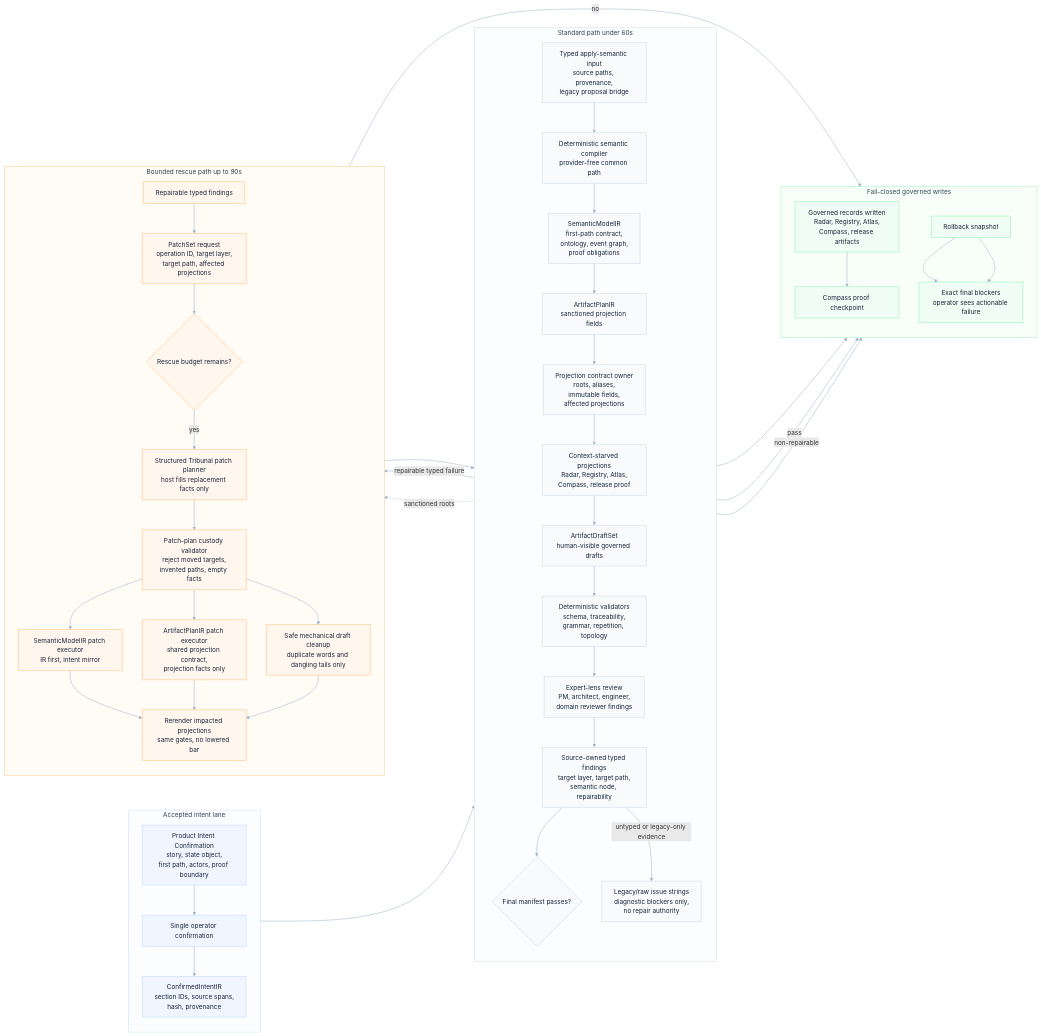
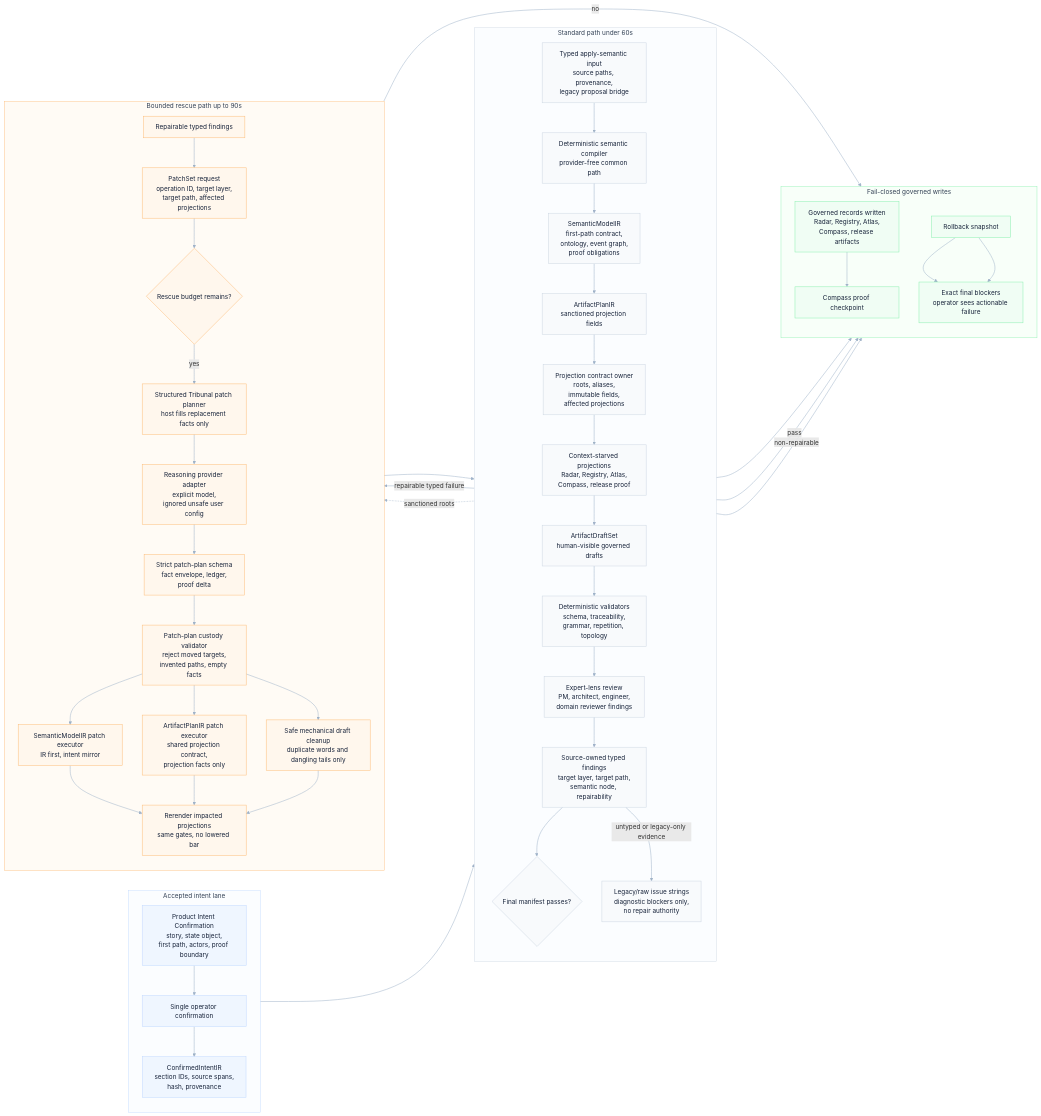
The diagram in odylith/atlas/source/domain-intelligence-greenfield-governance.mmd (odylith/odylith), drawn with Mermaid before and after one commit. The commit also changed 26 other files, not shown here.

Commit message:
Harden structured rescue provider planning

```diff
--- a/odylith/atlas/source/domain-intelligence-greenfield-governance.mmd
+++ b/odylith/atlas/source/domain-intelligence-greenfield-governance.mmd
@@ -1,78 +1,80 @@
 flowchart LR
     subgraph accepted_lane["Accepted intent lane"]
       direction TB
       visible_intent["Product Intent Confirmation<br/>story, state object,<br/>first path, actors, proof boundary"]
       confirm["Single operator confirmation"]
       confirmed_ir["ConfirmedIntentIR<br/>section IDs, source spans,<br/>hash, provenance"]
     end
 
     subgraph standard_lane["Standard path under 60s"]
       direction TB
       apply_input["Typed apply-semantic input<br/>source paths, provenance,<br/>legacy proposal bridge"]
       compiler["Deterministic semantic compiler<br/>provider-free common path"]
       semantic_ir["SemanticModelIR<br/>first-path contract,<br/>ontology, event graph,<br/>proof obligations"]
       artifact_plan["ArtifactPlanIR<br/>sanctioned projection fields"]
       projection_contract["Projection contract owner<br/>roots, aliases,<br/>immutable fields,<br/>affected projections"]
       projections["Context-starved projections<br/>Radar, Registry, Atlas,<br/>Compass, release proof"]
       draft_set["ArtifactDraftSet<br/>human-visible governed drafts"]
       validators["Deterministic validators<br/>schema, traceability,<br/>grammar, repetition, topology"]
       expert_lenses["Expert-lens review<br/>PM, architect, engineer,<br/>domain reviewer findings"]
       typed_findings["Source-owned typed findings<br/>target layer, target path,<br/>semantic node, repairability"]
       legacy_blockers["Legacy/raw issue strings<br/>diagnostic blockers only,<br/>no repair authority"]
       final_manifest{"Final manifest passes?"}
     end
 
     subgraph rescue_lane["Bounded rescue path up to 90s"]
       direction TB
       repairable["Repairable typed findings"]
       patchset["PatchSet request<br/>operation ID, target layer,<br/>target path, affected projections"]
       rescue_budget{"Rescue budget remains?"}
       tribunal_planner["Structured Tribunal patch planner<br/>host fills replacement facts only"]
+      provider_adapter["Reasoning provider adapter<br/>explicit model,<br/>ignored unsafe user config"]
+      strict_schema["Strict patch-plan schema<br/>fact envelope, ledger,<br/>proof delta"]
       custody_check["Patch-plan custody validator<br/>reject moved targets,<br/>invented paths, empty facts"]
       semantic_apply["SemanticModelIR patch executor<br/>IR first, intent mirror"]
       plan_apply["ArtifactPlanIR patch executor<br/>shared projection contract,<br/>projection facts only"]
       copy_repair["Safe mechanical draft cleanup<br/>duplicate words and dangling tails only"]
       rerender["Rerender impacted projections<br/>same gates, no lowered bar"]
     end
 
     subgraph write_lane["Fail-closed governed writes"]
       direction TB
       writes["Governed records written<br/>Radar, Registry, Atlas,<br/>Compass, release artifacts"]
       rollback["Rollback snapshot"]
       blockers["Exact final blockers<br/>operator sees actionable failure"]
       proof_log["Compass proof checkpoint"]
     end
 
     visible_intent --> confirm --> confirmed_ir
     confirmed_ir --> apply_input --> compiler --> semantic_ir --> artifact_plan --> projection_contract --> projections --> draft_set
     draft_set --> validators --> expert_lenses --> typed_findings --> final_manifest
     typed_findings -- "untyped or legacy-only evidence" --> legacy_blockers --> rollback
     final_manifest -- "pass" --> writes --> proof_log
     final_manifest -- "repairable typed failure" --> repairable --> patchset --> rescue_budget
-    rescue_budget -- "yes" --> tribunal_planner --> custody_check
+    rescue_budget -- "yes" --> tribunal_planner --> provider_adapter --> strict_schema --> custody_check
     custody_check --> semantic_apply
     custody_check --> plan_apply
     custody_check --> copy_repair
     projection_contract -. "sanctioned roots" .-> plan_apply
     semantic_apply --> rerender
     plan_apply --> rerender
     copy_repair --> rerender
     rerender --> validators
     rescue_budget -- "no" --> rollback --> blockers
     final_manifest -- "non-repairable" --> rollback
     rollback --> blockers
 
     classDef intent fill:#EFF6FF,stroke:#BFD7FE,color:#17233A,stroke-width:1.2px;
     classDef standard fill:#F8FAFC,stroke:#CBD5E1,color:#17233A,stroke-width:1.2px;
     classDef rescue fill:#FFF7ED,stroke:#FDBA74,color:#17233A,stroke-width:1.2px;
     classDef write fill:#F0FDF4,stroke:#86EFAC,color:#17233A,stroke-width:1.2px;
     class visible_intent,confirm,confirmed_ir intent;
     class apply_input,compiler,semantic_ir,artifact_plan,projection_contract,projections,draft_set,validators,expert_lenses,typed_findings,legacy_blockers,final_manifest standard;
-    class repairable,patchset,rescue_budget,tribunal_planner,custody_check,semantic_apply,plan_apply,copy_repair,rerender rescue;
+    class repairable,patchset,rescue_budget,tribunal_planner,provider_adapter,strict_schema,custody_check,semantic_apply,plan_apply,copy_repair,rerender rescue;
     class writes,rollback,blockers,proof_log write;
 
     style accepted_lane fill:#FBFDFF,stroke:#BFD7FE,stroke-width:1px,color:#334155
     style standard_lane fill:#FBFDFF,stroke:#CBD5E1,stroke-width:1px,color:#334155
     style rescue_lane fill:#FFFBF5,stroke:#FDBA74,stroke-width:1px,color:#334155
     style write_lane fill:#F8FFF9,stroke:#86EFAC,stroke-width:1px,color:#334155
     linkStyle default stroke:#9FB2C8,stroke-width:1.25px
```
